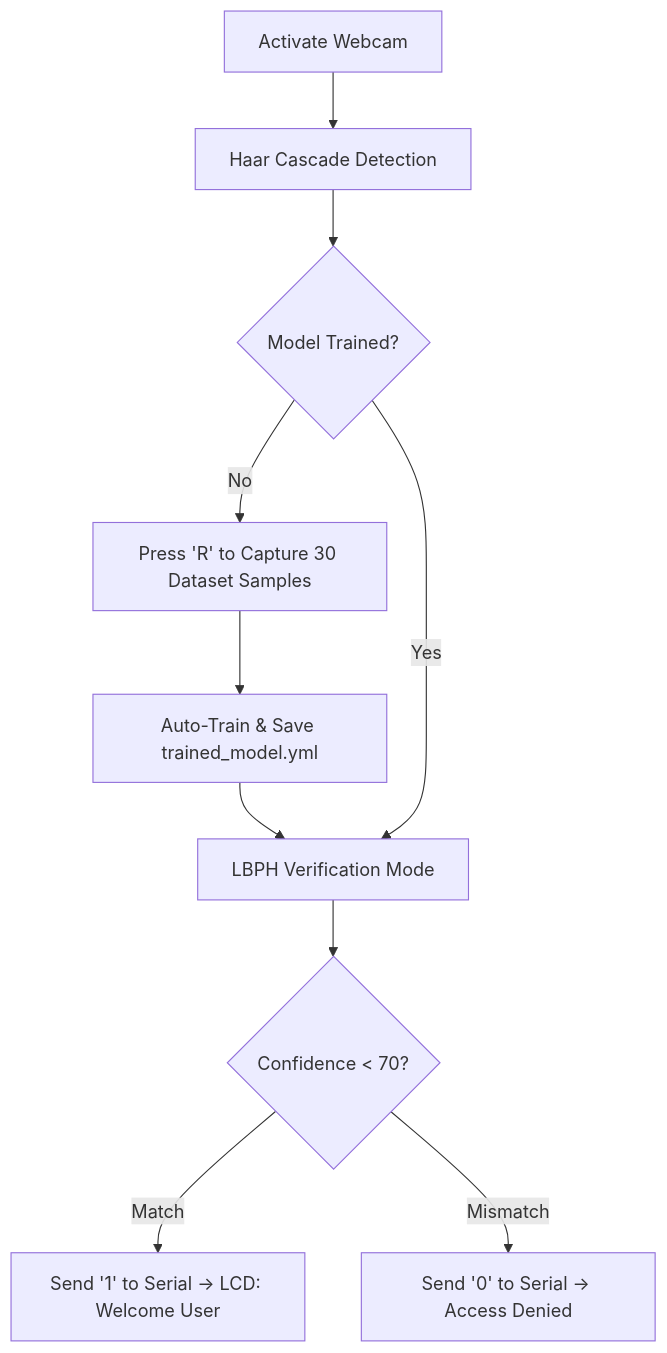
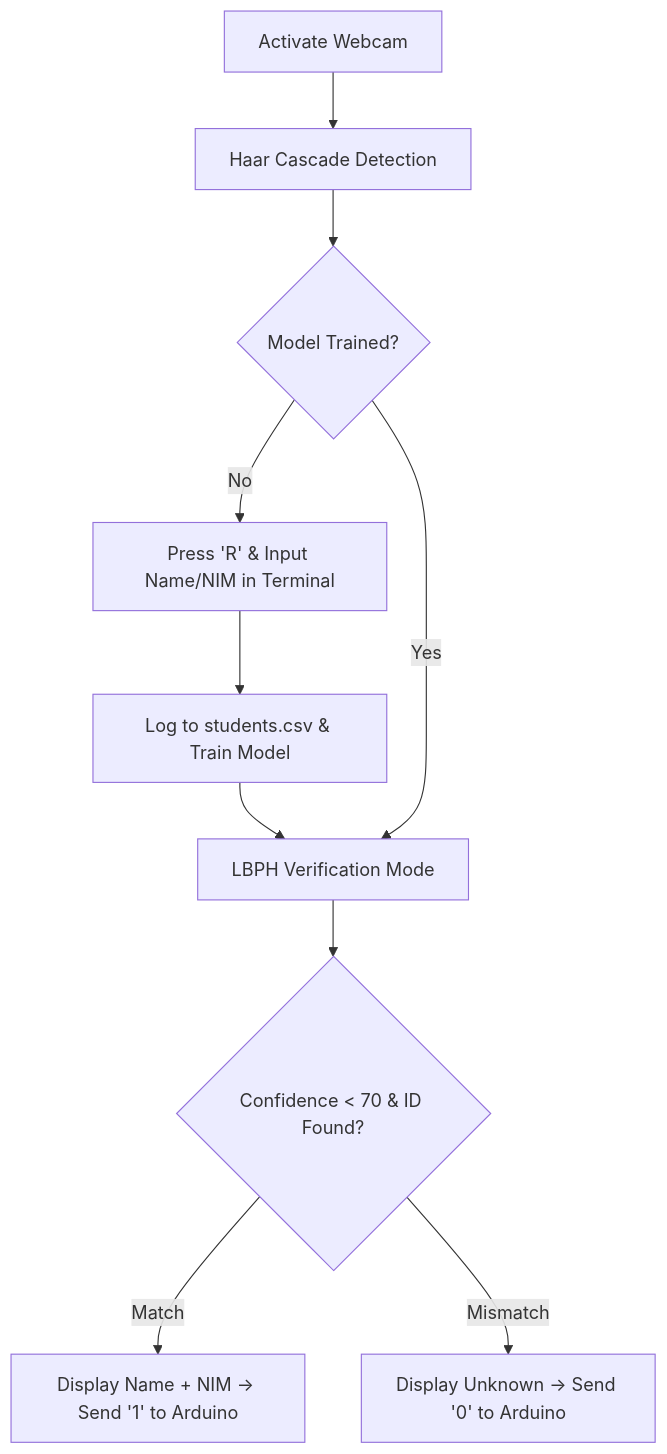
Before and after one commit to Xeyzen7959/Automatic-Ai-Attendance-Taker: the diagram in README.md, drawn with Mermaid. The commit also changed other lines of this file, not shown here.

````diff
--- a/README.md
+++ b/README.md
@@ -367,12 +379,12 @@
 ```mermaid
 graph TD
     A[Activate Webcam] --> B[Haar Cascade Detection]
     B --> C{Model Trained?}
-    C -- No --> D[Press 'R' to Capture 30 Dataset Samples]
-    D --> E[Auto-Train & Save trained_model.yml]
+    C -- No --> D[Press 'R' & Input Name/NIM in Terminal]
+    D --> E[Log to students.csv & Train Model]
     E --> F[LBPH Verification Mode]
     C -- Yes --> F
-    F --> G{Confidence < 70?}
-    G -- Match --> H[Send '1' to Serial -> LCD: Welcome User]
-    G -- Mismatch --> I[Send '0' to Serial -> Access Denied]
+    F --> G{Confidence < 70 & ID Found?}
+    G -- Match --> H[Display Name + NIM -> Send '1' to Arduino]
+    G -- Mismatch --> I[Display Unknown -> Send '0' to Arduino]
 ```
````
